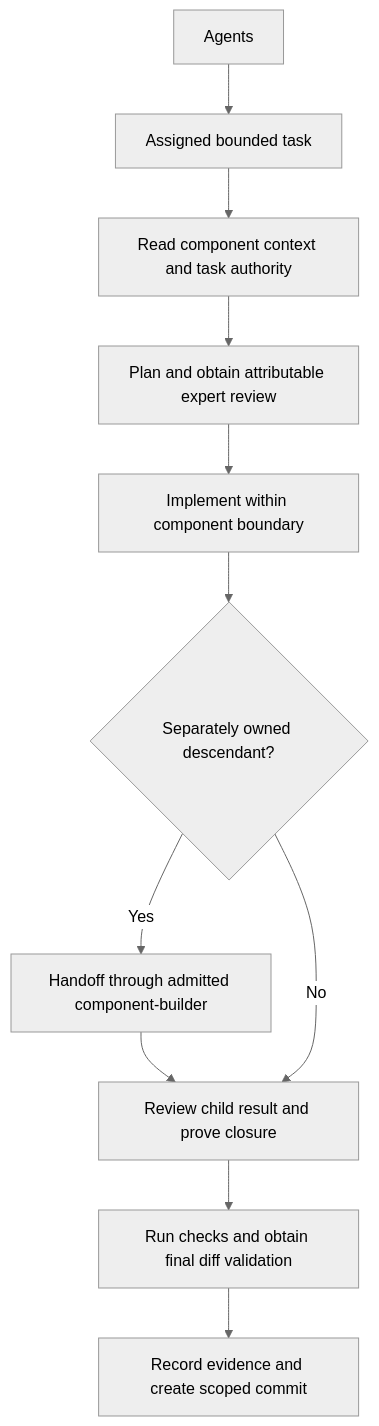
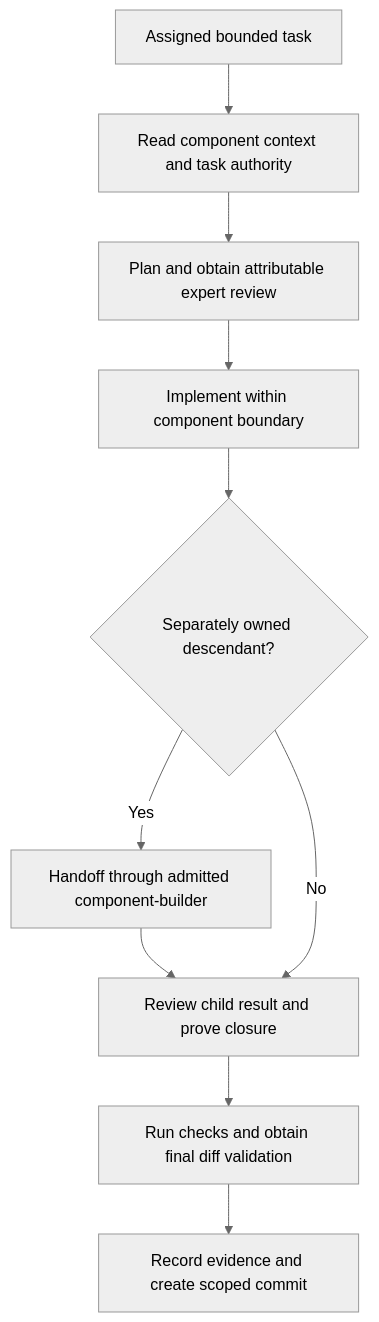
One commit to abstract-business-systems/as-is changed the diagram in agents/component-builder/as-is.md. Above: the diagram before and after it, drawn with Mermaid (neutral theme). The commit also changed other lines of this file and 51 other files, not shown here.

Commit message:
docs(as-is): improve hierarchical architecture documentation

````diff
--- a/agents/component-builder/as-is.md
+++ b/agents/component-builder/as-is.md
@@ -21,15 +21,12 @@
 ```mermaid
 flowchart TD
-    Parent["Agents"] --> A["Assigned bounded task"]
-    A --> B["Read component context and task authority"]
+    A["Assigned bounded task"] --> B["Read component context and task authority"]
     B --> C["Plan and obtain attributable expert review"]
     C --> D["Implement within component boundary"]
     D --> E{"Separately owned descendant?"}
     E -- "Yes" --> F["Handoff through admitted component-builder"]
     F --> G["Review child result and prove closure"]
     E -- "No" --> G
     G --> H["Run checks and obtain final diff validation"]
     H --> I["Record evidence and create scoped commit"]
-
-    click Parent href "../as-is.md#design" "Open Agents design"
 ```
````
